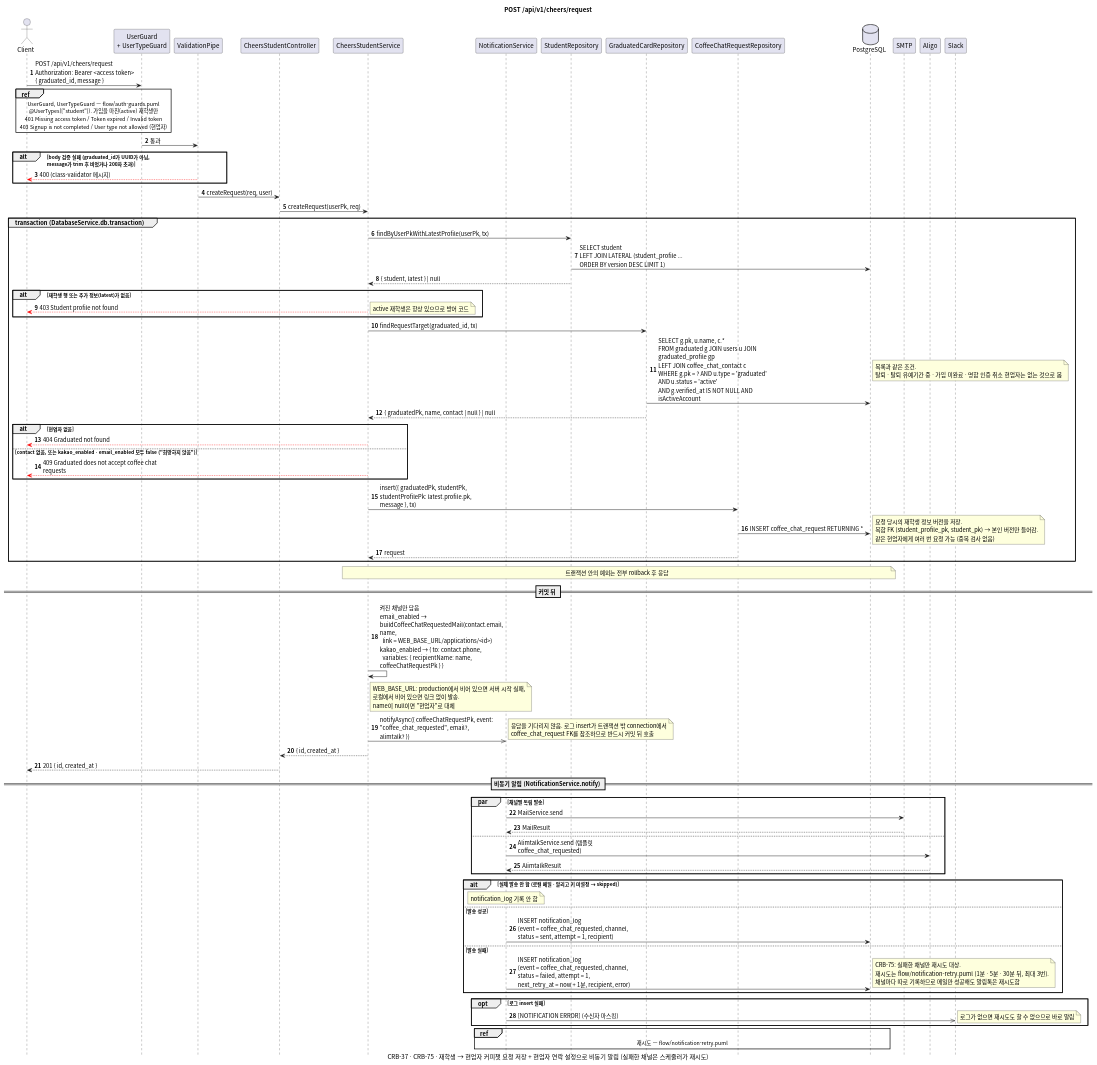
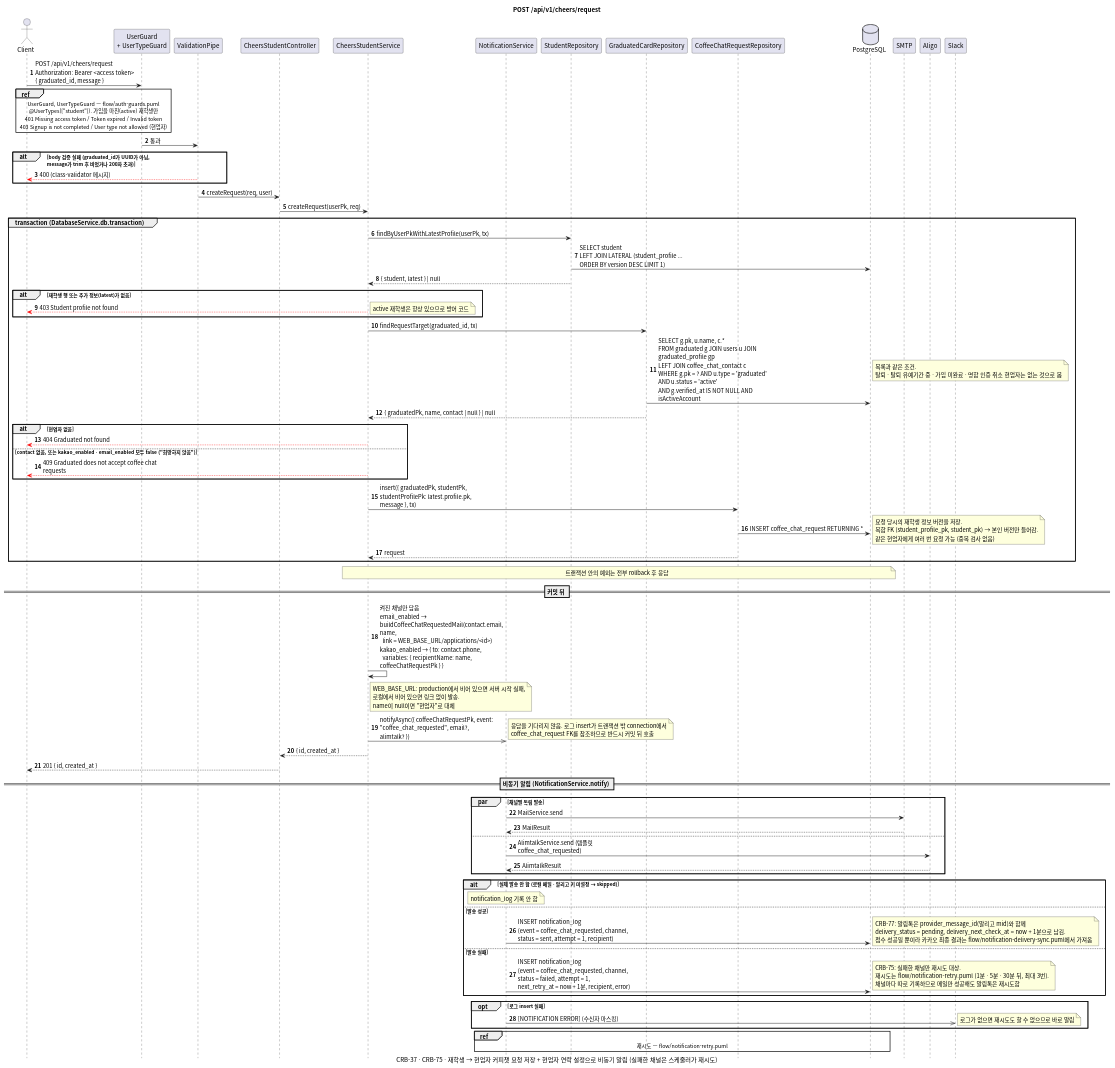
The diagram in docs/sequence/cheers/post-cheers-request.puml (gsainfoteam/cheers-be), drawn with PlantUML before and after one commit. The commit also changed 5 other files, not shown here.

Commit message:
- docs: add sequence diagram for alimtalk delivery sync (CRB-77)

```diff
--- a/docs/sequence/cheers/post-cheers-request.puml
+++ b/docs/sequence/cheers/post-cheers-request.puml
@@ -1,115 +1,120 @@
 @startuml post-cheers-request
 skinparam defaultFontName "Apple SD Gothic Neo", "Noto Sans CJK KR", sans-serif
 skinparam responseMessageBelowArrow true
 skinparam sequenceMessageAlign left
 skinparam maxMessageSize 260
 skinparam BoxPadding 8
 skinparam shadowing false
 autonumber
 hide footbox
 
 title POST /api/v1/cheers/request
 caption CRB-37 · CRB-75 · 재학생 → 현업자 커피챗 요청 저장 + 현업자 연락 설정으로 비동기 알림 (실패한 채널은 스케줄러가 재시도)
 
 actor Client
 participant "UserGuard\n+ UserTypeGuard" as Guard
 participant "ValidationPipe" as Pipe
 participant "CheersStudentController" as Controller
 participant "CheersStudentService" as Service
 participant "NotificationService" as NotificationService
 participant "StudentRepository" as StudentRepository
 participant "GraduatedCardRepository" as GraduatedCardRepository
 participant "CoffeeChatRequestRepository" as CoffeeChatRequestRepository
 database PostgreSQL
 participant "SMTP"
 participant "Aligo"
 participant "Slack"
 
 Client -> Guard: POST /api/v1/cheers/request\nAuthorization: Bearer <access token>\n{ graduated_id, message }
 ref over Client, Guard
   UserGuard, UserTypeGuard — flow/auth-guards.puml
   @UserTypes(["student"]). 가입을 마친(active) 재학생만
   401 Missing access token / Token expired / Invalid token
   403 Signup is not completed / User type not allowed (현업자)
 end ref
 Guard -> Pipe: 통과
 alt body 검증 실패 (graduated_id가 UUID가 아님,\nmessage가 trim 후 비었거나 200자 초과)
   Pipe -[#red]-> Client: 400 (class-validator 메시지)
 end
 Pipe -> Controller: createRequest(req, user)
 Controller -> Service: createRequest(userPk, req)
 
 group transaction (DatabaseService.db.transaction)
   Service -> StudentRepository: findByUserPkWithLatestProfile(userPk, tx)
   StudentRepository -> PostgreSQL: SELECT student\nLEFT JOIN LATERAL (student_profile ...\nORDER BY version DESC LIMIT 1)
   StudentRepository --> Service: { student, latest } | null
   alt 재학생 행 또는 추가 정보(latest)가 없음
     Service -[#red]-> Client: 403 Student profile not found
     note right: active 재학생은 항상 있으므로 방어 코드
   end
 
   Service -> GraduatedCardRepository: findRequestTarget(graduated_id, tx)
   GraduatedCardRepository -> PostgreSQL: SELECT g.pk, u.name, c.*\nFROM graduated g JOIN users u JOIN graduated_profile gp\nLEFT JOIN coffee_chat_contact c\nWHERE g.pk = ? AND u.type = 'graduated' AND u.status = 'active'\nAND g.verified_at IS NOT NULL AND isActiveAccount
   note right: 목록과 같은 조건.\n탈퇴 · 탈퇴 유예기간 중 · 가입 미완료 · 명함 인증 취소 현업자는 없는 것으로 봄
   GraduatedCardRepository --> Service: { graduatedPk, name, contact | null } | null
   alt 현업자 없음
     Service -[#red]-> Client: 404 Graduated not found
   else contact 없음, 또는 kakao_enabled · email_enabled 모두 false ("희망하지 않음")
     Service -[#red]-> Client: 409 Graduated does not accept coffee chat requests
   end
 
   Service -> CoffeeChatRequestRepository: insert({ graduatedPk, studentPk,\nstudentProfilePk: latest.profile.pk, message }, tx)
   CoffeeChatRequestRepository -> PostgreSQL: INSERT coffee_chat_request RETURNING *
   note right
     요청 당시의 재학생 정보 버전을 저장.
     복합 FK (student_profile_pk, student_pk) → 본인 버전만 들어감.
     같은 현업자에게 여러 번 요청 가능 (중복 검사 없음)
   end note
   CoffeeChatRequestRepository --> Service: request
 end
 note over Service, PostgreSQL: 트랜잭션 안의 예외는 전부 rollback 후 응답
 
 == 커밋 뒤 ==
 
 Service -> Service: 켜진 채널만 담음\nemail_enabled → buildCoffeeChatRequestedMail(contact.email, name,\n  link = WEB_BASE_URL/applications/<id>)\nkakao_enabled → { to: contact.phone,\n  variables: { recipientName: name, coffeeChatRequestPk } }
 note right of Service
   WEB_BASE_URL: production에서 비어 있으면 서버 시작 실패,
   로컬에서 비어 있으면 링크 없이 발송.
   name이 null이면 "현업자"로 대체
 end note
 Service ->> NotificationService: notifyAsync({ coffeeChatRequestPk, event: "coffee_chat_requested", email?, alimtalk? })
 note right
   응답을 기다리지 않음. 로그 insert가 트랜잭션 밖 connection에서
   coffee_chat_request FK를 참조하므로 반드시 커밋 뒤 호출
 end note
 Service --> Controller: { id, created_at }
 Controller --> Client: 201 { id, created_at }
 
 == 비동기 알림 (NotificationService.notify) ==
 
 par 채널별 독립 발송
   NotificationService -> SMTP: MailService.send
   SMTP --> NotificationService: MailResult
 else
   NotificationService -> Aligo: AlimtalkService.send (템플릿 coffee_chat_requested)
   Aligo --> NotificationService: AlimtalkResult
 end
 alt 실제 발송 안 함 (로컬 메일 · 알리고 키 미설정 → skipped)
   note over NotificationService: notification_log 기록 안 함
 else 발송 성공
   NotificationService -> PostgreSQL: INSERT notification_log\n(event = coffee_chat_requested, channel, status = sent, attempt = 1, recipient)
+  note right
+    CRB-77: 알림톡은 provider_message_id(알리고 mid)와 함께
+    delivery_status = pending, delivery_next_check_at = now + 1분으로 남김.
+    접수 성공일 뿐이라 카카오 최종 결과는 flow/notification-delivery-sync.puml에서 가져옴
+  end note
 else 발송 실패
   NotificationService -> PostgreSQL: INSERT notification_log\n(event = coffee_chat_requested, channel, status = failed, attempt = 1,\nnext_retry_at = now + 1분, recipient, error)
   note right
     CRB-75: 실패한 채널만 재시도 대상.
     재시도는 flow/notification-retry.puml (1분 · 5분 · 30분 뒤, 최대 3번).
     채널마다 따로 기록하므로 메일만 성공해도 알림톡은 재시도함
   end note
 end
 opt 로그 insert 실패
   NotificationService ->> Slack: [NOTIFICATION ERROR] (수신자 마스킹)
   note right: 로그가 없으면 재시도도 할 수 없으므로 바로 알림
 end
 ref over NotificationService, PostgreSQL: 재시도 — flow/notification-retry.puml
 
 @enduml
```
